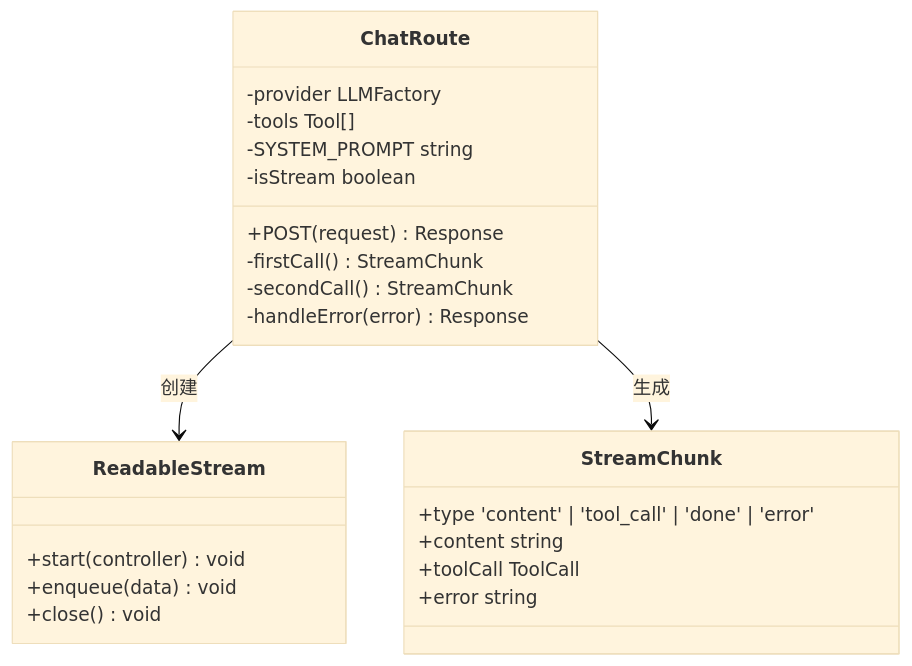
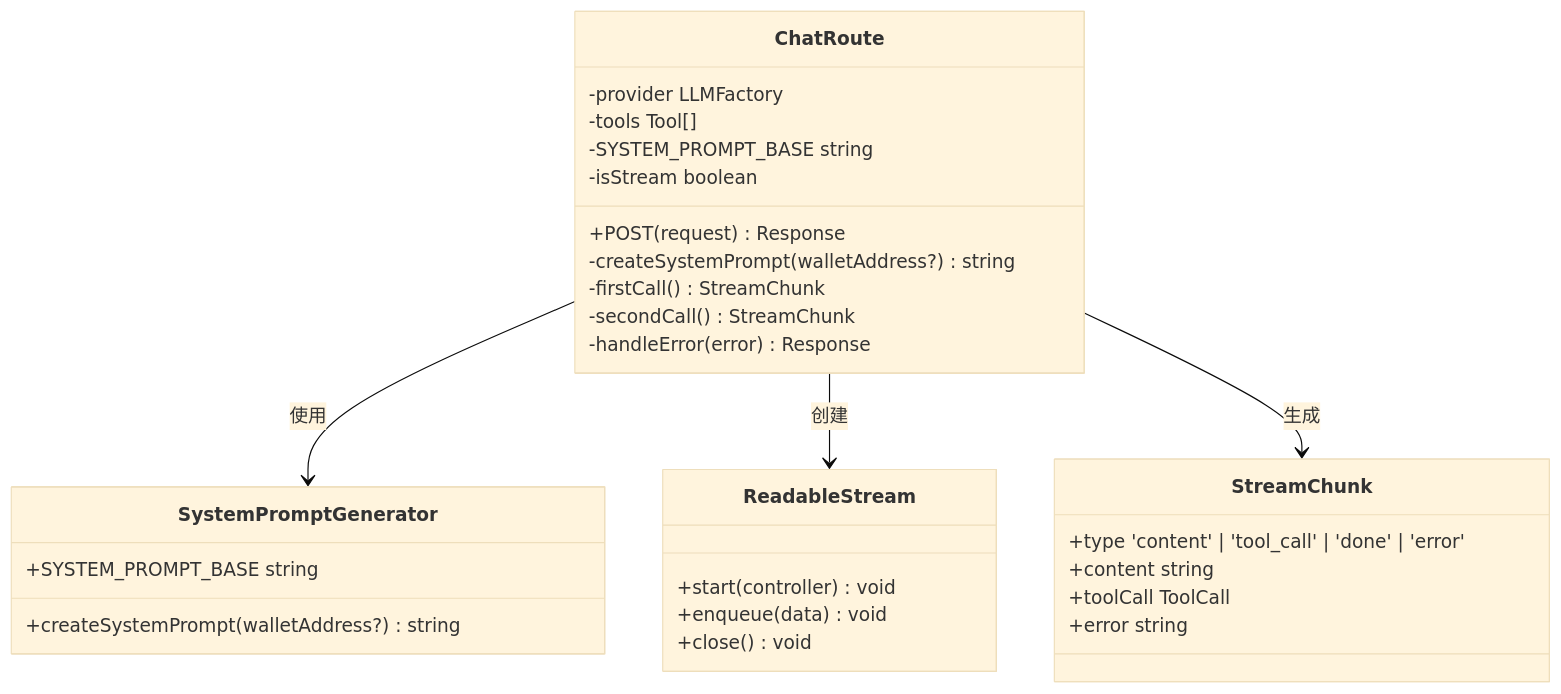
Before and after one commit to CryptoLinxu/Web3-AI-Agent: the fourth of 27 diagrams in .qoder/repowiki/zh/content/核心技能详解/SSE流式聊天系统.md, drawn with Mermaid (base theme). The commit also changed other lines of this file and 11 other files, not shown here.

````diff
--- a/.qoder/repowiki/zh/content/核心技能详解/SSE流式聊天系统.md
+++ b/.qoder/repowiki/zh/content/核心技能详解/SSE流式聊天系统.md
@@ -245,26 +281,32 @@
 ```mermaid
 classDiagram
 class ChatRoute {
 +POST(request) Response
 -provider LLMFactory
 -tools Tool[]
--SYSTEM_PROMPT string
+-SYSTEM_PROMPT_BASE string
+-createSystemPrompt(walletAddress?) string
 -isStream boolean
 -firstCall() StreamChunk
 -secondCall() StreamChunk
 -handleError(error) Response
+}
+class SystemPromptGenerator {
++SYSTEM_PROMPT_BASE string
++createSystemPrompt(walletAddress?) string
 }
 class ReadableStream {
 +start(controller) void
 +enqueue(data) void
 +close() void
 }
 class StreamChunk {
 +type 'content' | 'tool_call' | 'done' | 'error'
 +content string
 +toolCall ToolCall
 +error string
 }
+ChatRoute --> SystemPromptGenerator : 使用
 ChatRoute --> ReadableStream : 创建
 ChatRoute --> StreamChunk : 生成
 ```
````
